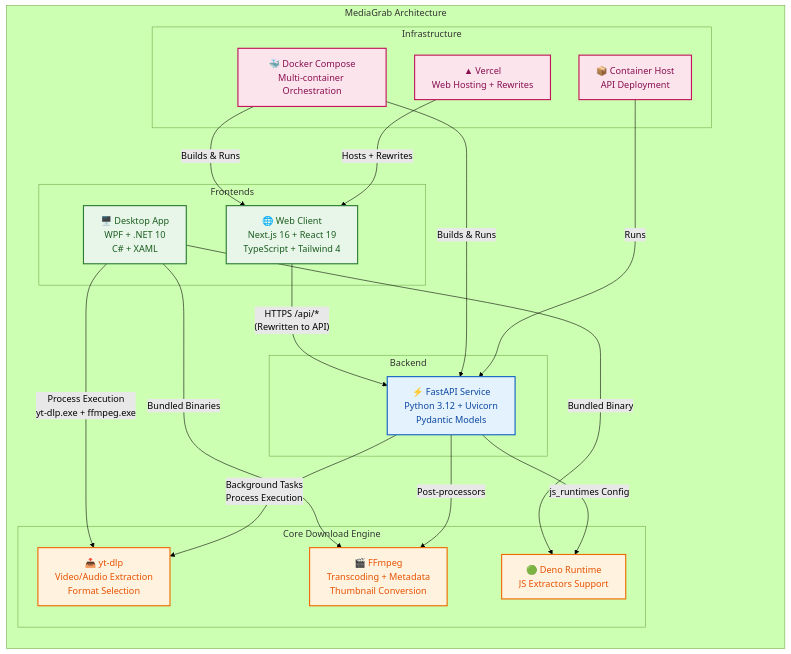
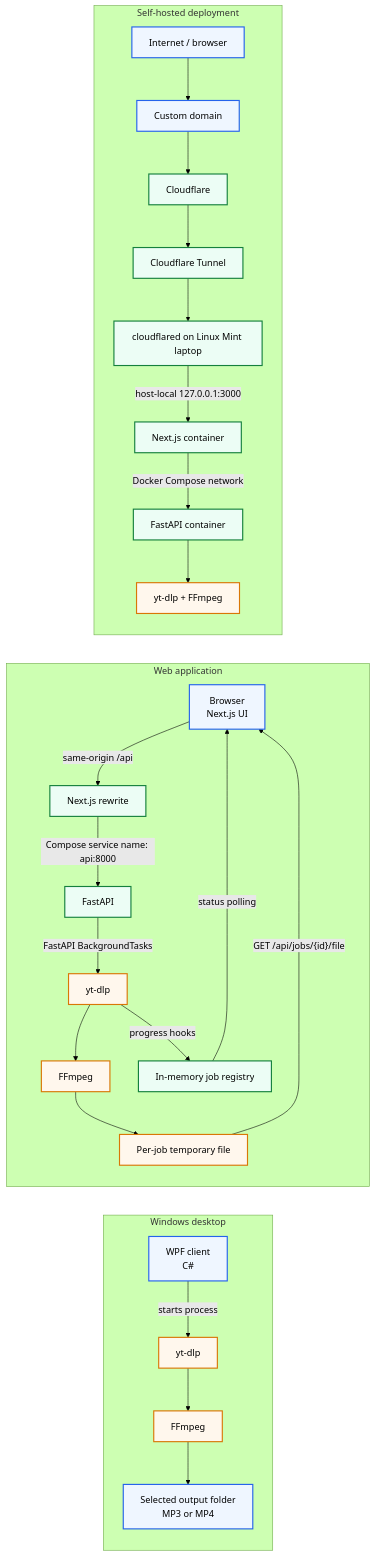
One commit to mohamad-hassan11/own-portfolio changed the diagram in public/projects/mediagrab/architecture.mmd. Above: the diagram before and after it, drawn with Mermaid (forest theme). The commit also changed 5 other files, not shown here.

Commit message:
Implement MediaGrab

```diff
--- a/public/projects/mediagrab/architecture.mmd
+++ b/public/projects/mediagrab/architecture.mmd
@@ -1,51 +1,34 @@
-graph TB
-    subgraph "MediaGrab Architecture"
-        direction TB
-        
-        subgraph "Frontends"
-            Web["🌐 Web Client\nNext.js 16 + React 19\nTypeScript + Tailwind 4"]
-            Desktop["🖥️ Desktop App\nWPF + .NET 10\nC# + XAML"]
-        end
-
-        subgraph "Backend"
-            API["⚡ FastAPI Service\nPython 3.12 + Uvicorn\nPydantic Models"]
-        end
-
-        subgraph "Core Download Engine"
-            YTDLP["📥 yt-dlp\nVideo/Audio Extraction\nFormat Selection"]
-            FFMPEG["🎬 FFmpeg\nTranscoding + Metadata\nThumbnail Conversion"]
-            DENO["🟢 Deno Runtime\nJS Extractors Support"]
-        end
-
-        subgraph "Infrastructure"
-            COMPOSE["🐳 Docker Compose\nMulti-container Orchestration"]
-            VERCEL["▲ Vercel\nWeb Hosting + Rewrites"]
-            CONTAINER["📦 Container Host\nAPI Deployment"]
-        end
+flowchart LR
+    subgraph Desktop["Windows desktop"]
+        WPF["WPF client<br/>C#"] -->|"starts process"| DesktopYtDlp["yt-dlp"]
+        DesktopYtDlp --> DesktopFFmpeg["FFmpeg"]
+        DesktopFFmpeg --> Folder["Selected output folder<br/>MP3 or MP4"]
     end
 
-    %% Connections
-    Web -->|"HTTPS /api/*\n(Rewritten to API)"| API
-    Desktop -->|"Process Execution\nyt-dlp.exe + ffmpeg.exe"| YTDLP
-    Desktop -->|"Bundled Binaries"| FFMPEG
-    Desktop -->|"Bundled Binary"| DENO
-    
-    API -->|"Background Tasks\nProcess Execution"| YTDLP
-    API -->|"Post-processors"| FFMPEG
-    API -->|"js_runtimes Config"| DENO
+    subgraph Web["Web application"]
+        Browser["Browser<br/>Next.js UI"] -->|"same-origin /api"| Rewrite["Next.js rewrite"]
+        Rewrite -->|"Compose service name: api:8000"| API["FastAPI"]
+        API -->|"FastAPI BackgroundTasks"| WebYtDlp["yt-dlp"]
+        WebYtDlp --> WebFFmpeg["FFmpeg"]
+        WebFFmpeg --> Temp["Per-job temporary file"]
+        WebYtDlp -->|"progress hooks"| Jobs["In-memory job registry"]
+        Jobs -->|"status polling"| Browser
+        Temp -->|"GET /api/jobs/{id}/file"| Browser
+    end
 
-    COMPOSE -->|"Builds & Runs"| API
-    COMPOSE -->|"Builds & Runs"| Web
-    VERCEL -->|"Hosts + Rewrites"| Web
-    CONTAINER -->|"Runs"| API
+    subgraph Hosting["Self-hosted deployment"]
+        Public["Internet / browser"] --> Domain["Custom domain"]
+        Domain --> Cloudflare["Cloudflare"]
+        Cloudflare --> Tunnel["Cloudflare Tunnel"]
+        Tunnel --> Cloudflared["cloudflared on Linux Mint laptop"]
+        Cloudflared -->|"host-local 127.0.0.1:3000"| WebContainer["Next.js container"]
+        WebContainer -->|"Docker Compose network"| APIContainer["FastAPI container"]
+        APIContainer --> Engine["yt-dlp + FFmpeg"]
+    end
 
-    %% Styling
-    classDef frontend fill:#e8f5e9,stroke:#2e7d32,stroke-width:2px,color:#1b5e20
-    classDef backend fill:#e3f2fd,stroke:#1565c0,stroke-width:2px,color:#0d47a1
-    classDef core fill:#fff3e0,stroke:#ef6c00,stroke-width:2px,color:#e65100
-    classDef infra fill:#fce4ec,stroke:#c2185b,stroke-width:2px,color:#880e4f
-
-    class Web,Desktop frontend
-    class API backend
-    class YTDLP,FFMPEG,DENO core
-    class COMPOSE,VERCEL,CONTAINER infra
+    classDef client fill:#eff6ff,stroke:#2563eb,stroke-width:2px
+    classDef service fill:#ecfdf5,stroke:#15803d,stroke-width:2px
+    classDef media fill:#fff7ed,stroke:#d97706,stroke-width:2px
+    class Browser,WPF,Folder,Public,Domain client
+    class Rewrite,API,Jobs,WebContainer,APIContainer,Cloudflared,Tunnel,Cloudflare service
+    class DesktopYtDlp,DesktopFFmpeg,WebYtDlp,WebFFmpeg,Temp,Engine media
```
